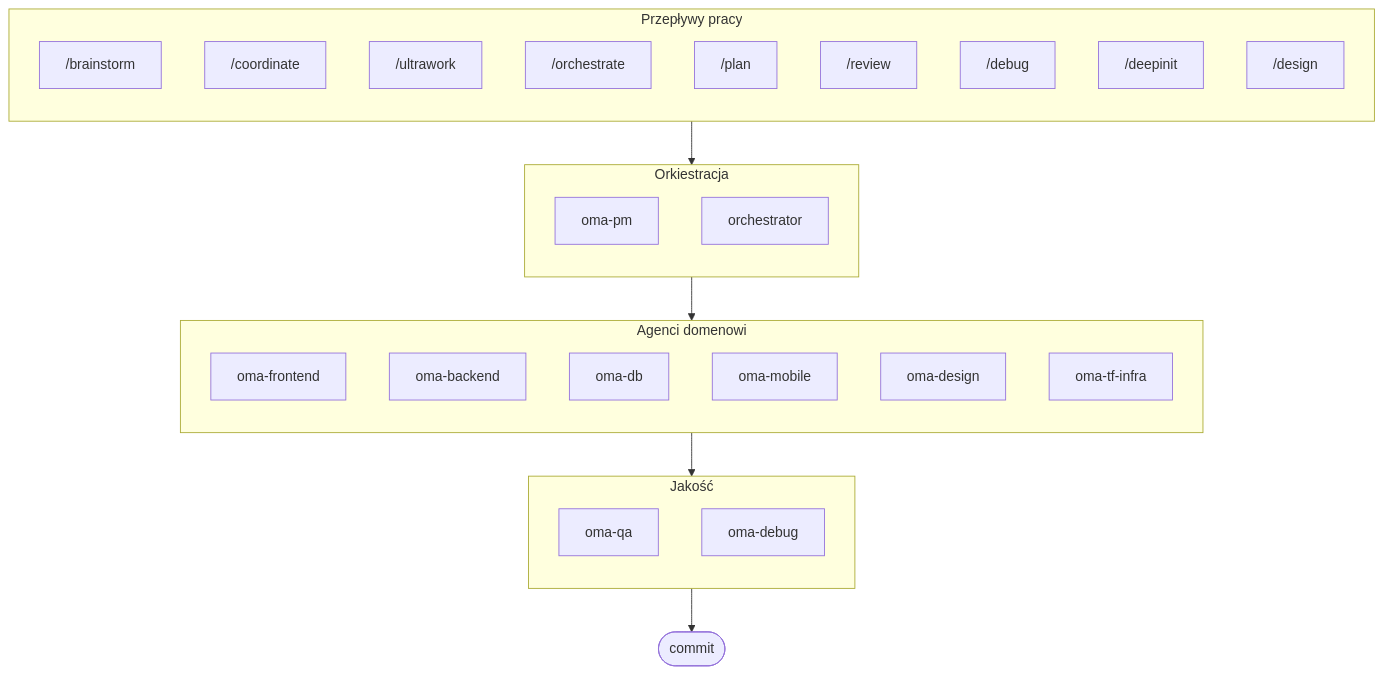
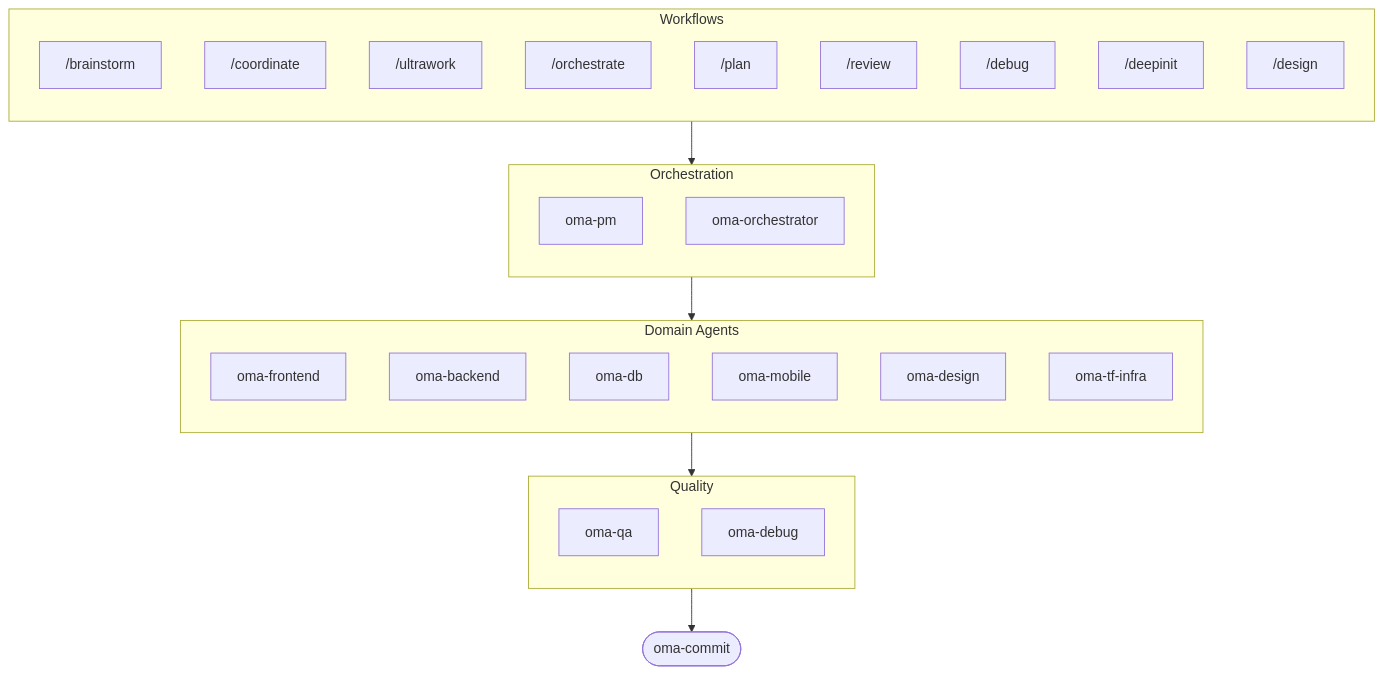
The diagram in docs/README.pl.md (haha529/oh-my-ag), drawn with Mermaid before and after one commit. The commit also changed other lines of this file and 197 other files, not shown here.

````diff
--- a/docs/README.pl.md
+++ b/docs/README.pl.md
@@ -155,43 +107,42 @@
 ```mermaid
 flowchart TD
-    subgraph Workflows["Przepływy pracy"]
+    subgraph Workflows["Workflows"]
         direction TB
         W0["/brainstorm"]
         W1["/coordinate"]
         W1b["/ultrawork"]
         W2["/orchestrate"]
         W3["/plan"]
         W4["/review"]
         W5["/debug"]
         W6["/deepinit"]
         W7["/design"]
     end
 
-    subgraph Orchestration["Orkiestracja"]
+    subgraph Orchestration["Orchestration"]
         direction TB
         PM[oma-pm]
-        ORC[orchestrator]
+        ORC[oma-orchestrator]
     end
 
-    subgraph Domain["Agenci domenowi"]
+    subgraph Domain["Domain Agents"]
         direction TB
         FE[oma-frontend]
         BE[oma-backend]
         DB[oma-db]
         MB[oma-mobile]
         DES[oma-design]
         TF[oma-tf-infra]
     end
 
-    subgraph Quality["Jakość"]
+    subgraph Quality["Quality"]
         direction TB
         QA[oma-qa]
         DBG[oma-debug]
     end
 
-
     Workflows --> Orchestration
     Orchestration --> Domain
     Domain --> Quality
-    Quality --> CMT([commit])
+    Quality --> CMT([oma-commit])
 ```
````
